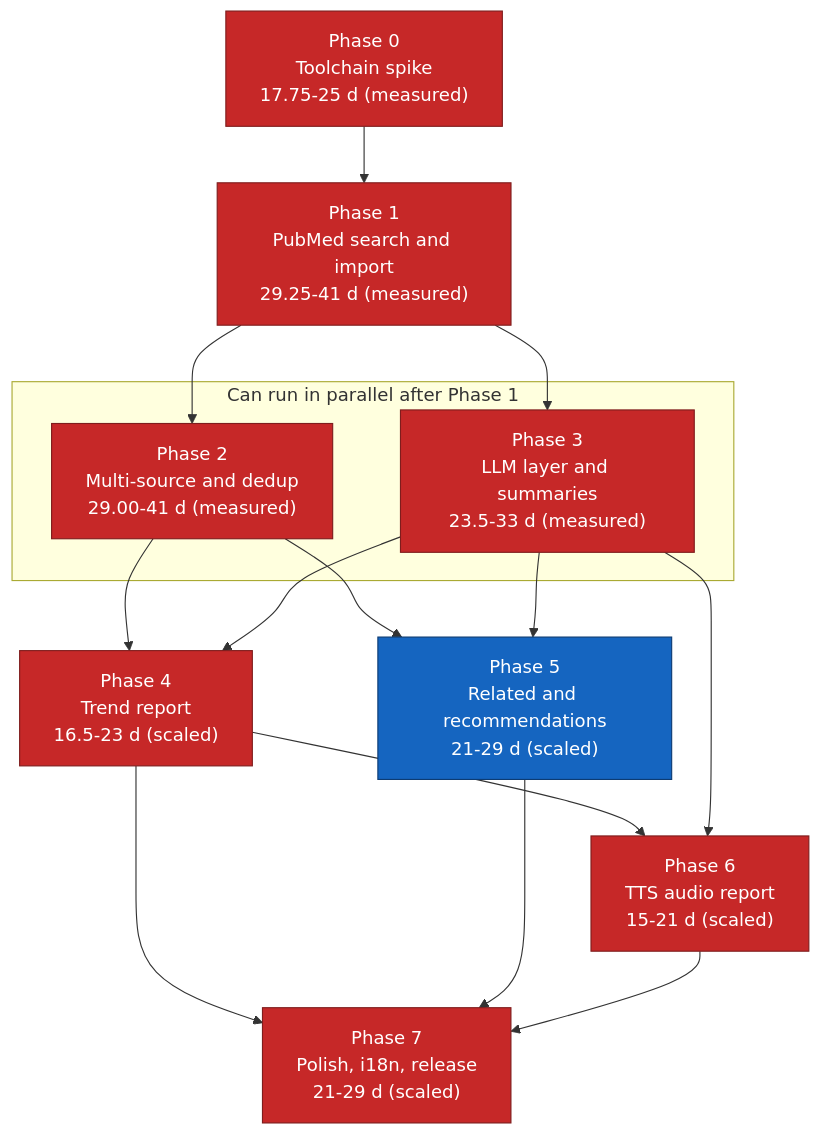
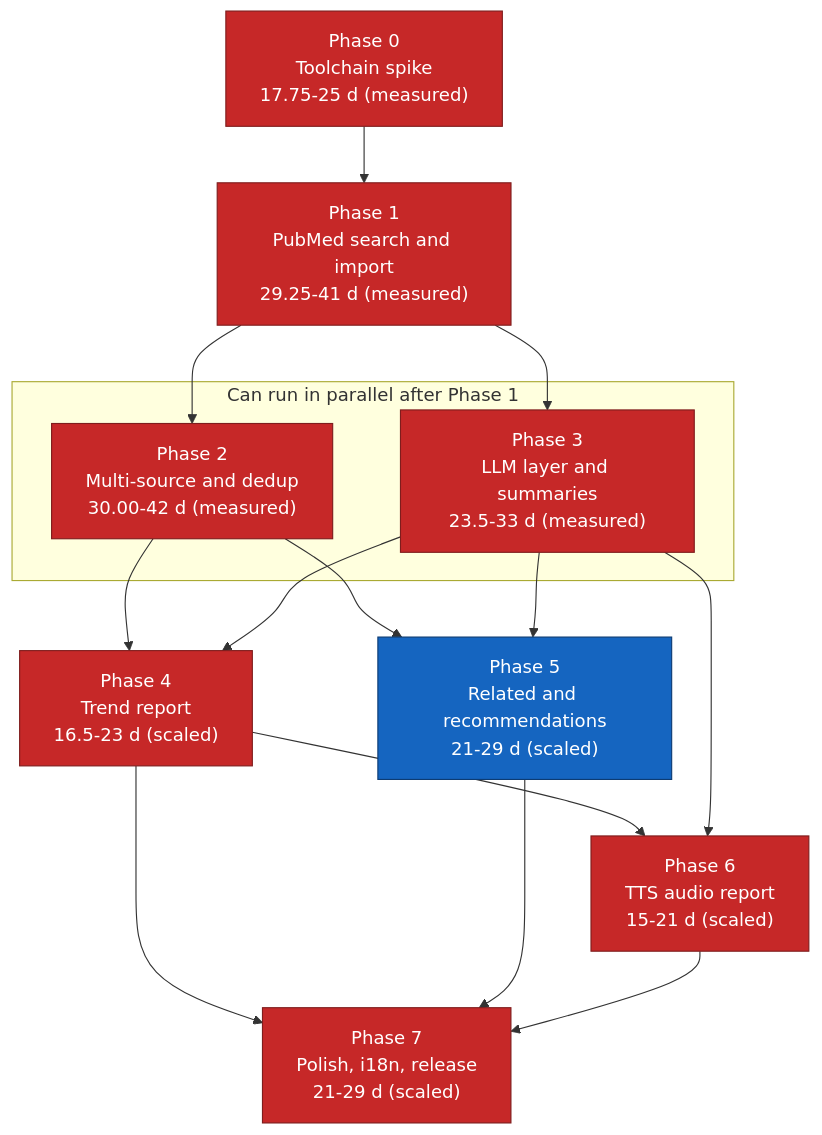
The diagram in docs/11-implementation-roadmap.md (suppakoko/research_helper), drawn with Mermaid before and after one commit. The commit also changed other lines of this file and 6 other files, not shown here.

````diff
--- a/docs/11-implementation-roadmap.md
+++ b/docs/11-implementation-roadmap.md
@@ -326,34 +326,34 @@
 ```mermaid
 graph TD
     P0["Phase 0<br/>Toolchain spike<br/>17.75-25 d (measured)"]
     P1["Phase 1<br/>PubMed search and import<br/>29.25-41 d (measured)"]
-    P2["Phase 2<br/>Multi-source and dedup<br/>29.00-41 d (measured)"]
+    P2["Phase 2<br/>Multi-source and dedup<br/>30.00-42 d (measured)"]
     P3["Phase 3<br/>LLM layer and summaries<br/>23.5-33 d (measured)"]
     P4["Phase 4<br/>Trend report<br/>16.5-23 d (scaled)"]
     P5["Phase 5<br/>Related and recommendations<br/>21-29 d (scaled)"]
     P6["Phase 6<br/>TTS audio report<br/>15-21 d (scaled)"]
     P7["Phase 7<br/>Polish, i18n, release<br/>21-29 d (scaled)"]
 
     P0 --> P1
     P1 --> P2
     P1 --> P3
     P2 --> P4
     P3 --> P4
     P2 --> P5
     P3 --> P5
     P4 --> P6
     P3 --> P6
     P4 --> P7
     P5 --> P7
     P6 --> P7
 
     subgraph parallel["Can run in parallel after Phase 1"]
         P2
         P3
     end
 
     classDef critical fill:#c62828,stroke:#7f1d1d,color:#ffffff
     classDef normal fill:#1565c0,stroke:#0d3c73,color:#ffffff
     class P0,P1,P2,P3,P4,P6,P7 critical
     class P5 normal
 ```
````
